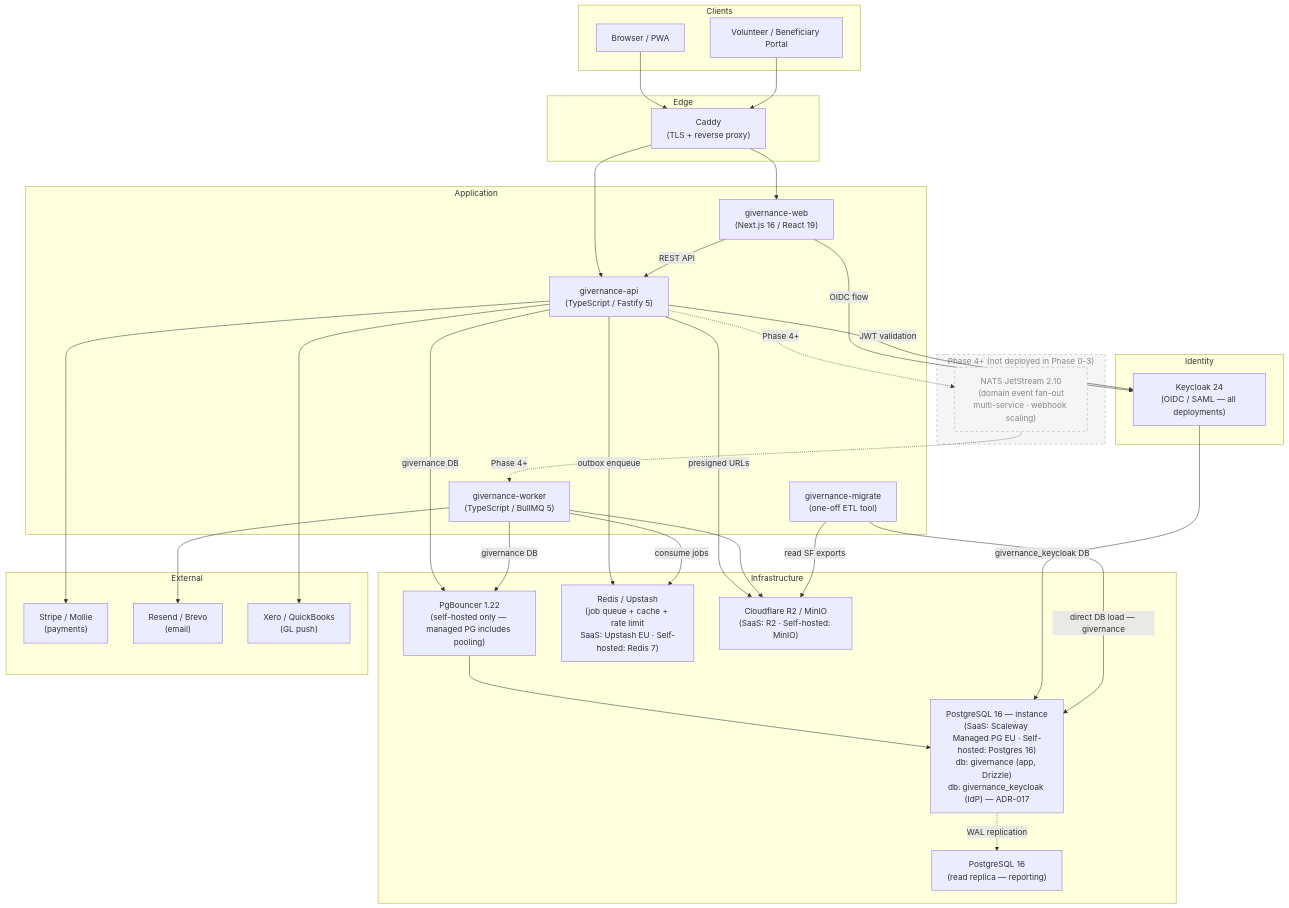
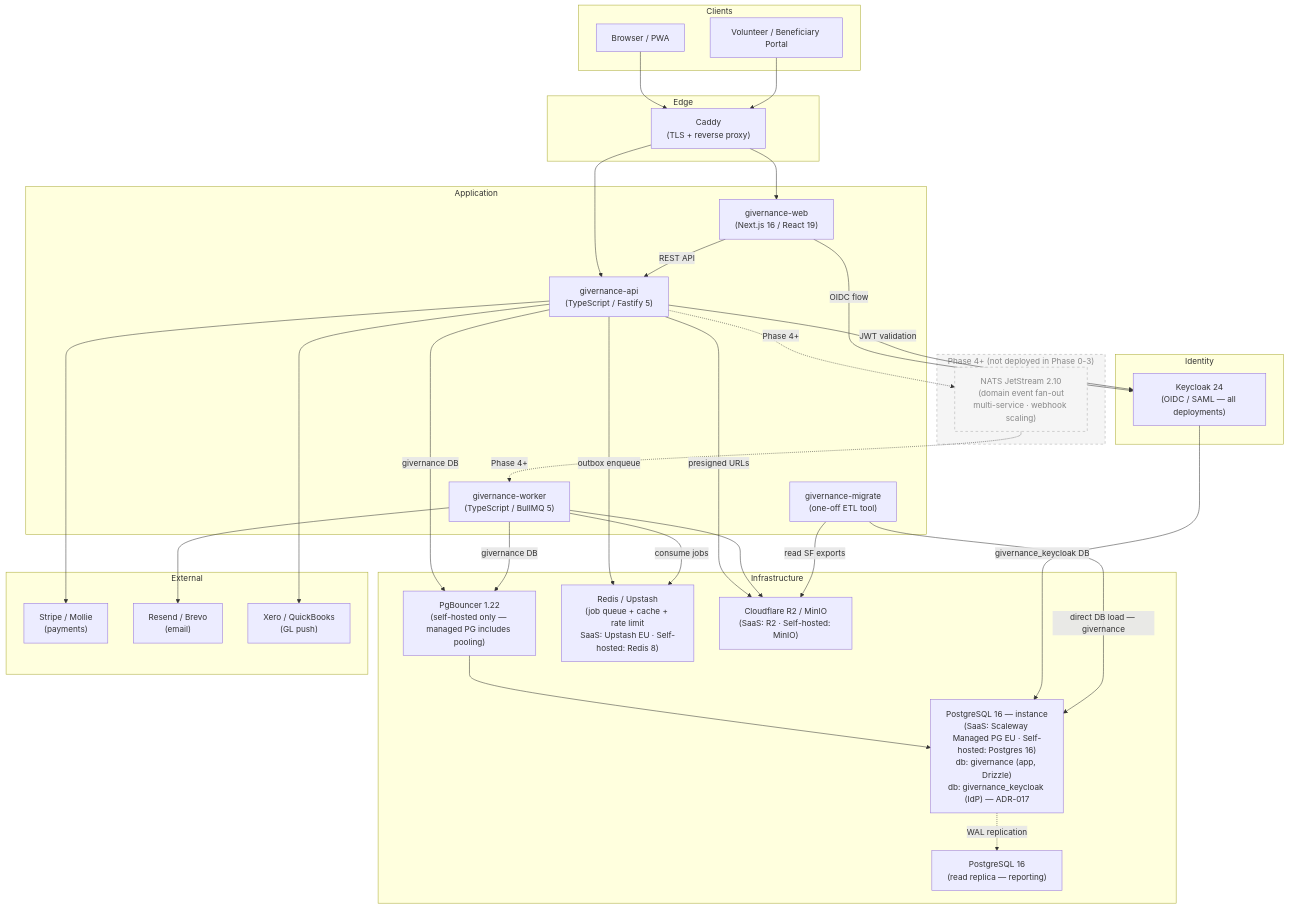
The diagram in diagrams/container.mmd (purposestack/givernance), drawn with Mermaid before and after one commit. The commit also changed 15 other files, not shown here.

```diff
--- a/diagrams/container.mmd
+++ b/diagrams/container.mmd
@@ -1,72 +1,72 @@
 flowchart TB
   subgraph Clients
     Browser["Browser / PWA"]
     VolPortal["Volunteer / Beneficiary Portal"]
   end
 
   subgraph Edge
     Caddy["Caddy\n(TLS + reverse proxy)"]
   end
 
   subgraph Application
     Web["givernance-web\n(Next.js 16 / React 19)"]
     API["givernance-api\n(TypeScript / Fastify 5)"]
     Worker["givernance-worker\n(TypeScript / BullMQ 5)"]
     Migrate["givernance-migrate\n(one-off ETL tool)"]
   end
 
   subgraph Infrastructure
     PG["PostgreSQL 16 — instance\n(SaaS: Scaleway Managed PG EU · Self-hosted: Postgres 16)\ndb: givernance (app, Drizzle)\ndb: givernance_keycloak (IdP) — ADR-017"]
     PgBouncer["PgBouncer 1.22\n(self-hosted only — managed PG includes pooling)"]
     PGReplica["PostgreSQL 16\n(read replica — reporting)"]
-    Redis["Redis / Upstash\n(job queue + cache + rate limit\nSaaS: Upstash EU · Self-hosted: Redis 7)"]
+    Redis["Redis / Upstash\n(job queue + cache + rate limit\nSaaS: Upstash EU · Self-hosted: Redis 8)"]
     Storage["Cloudflare R2 / MinIO\n(SaaS: R2 · Self-hosted: MinIO)"]
   end
 
   subgraph Identity
     Keycloak["Keycloak 24\n(OIDC / SAML — all deployments)"]
   end
 
   subgraph Phase4["Phase 4+ (not deployed in Phase 0-3)"]
     NATS["NATS JetStream 2.10\n(domain event fan-out\nmulti-service · webhook scaling)"]
   end
 
   subgraph External
     Stripe["Stripe / Mollie\n(payments)"]
     Email["Resend / Brevo\n(email)"]
     Accounting["Xero / QuickBooks\n(GL push)"]
   end
 
   Browser --> Caddy
   VolPortal --> Caddy
   Caddy --> Web
   Caddy --> API
 
   Web -->|REST API| API
   Web -->|OIDC flow| Keycloak
 
   API -->|givernance DB| PgBouncer
   PgBouncer --> PG
   PG -.->|WAL replication| PGReplica
   API -->|outbox enqueue| Redis
   API -->|presigned URLs| Storage
   API -->|JWT validation| Keycloak
   API --> Stripe
   API --> Accounting
 
   Keycloak -->|givernance_keycloak DB| PG
 
   Worker -->|consume jobs| Redis
   Worker -->|givernance DB| PgBouncer
   Worker --> Storage
   Worker --> Email
 
   Migrate -->|direct DB load — givernance| PG
   Migrate -->|read SF exports| Storage
 
   API -.->|Phase 4+| NATS
   NATS -.->|Phase 4+| Worker
 
   classDef phased fill:#f5f5f5,stroke:#aaa,stroke-dasharray:5 5,color:#888
   class NATS phased
   class Phase4 phased
```
